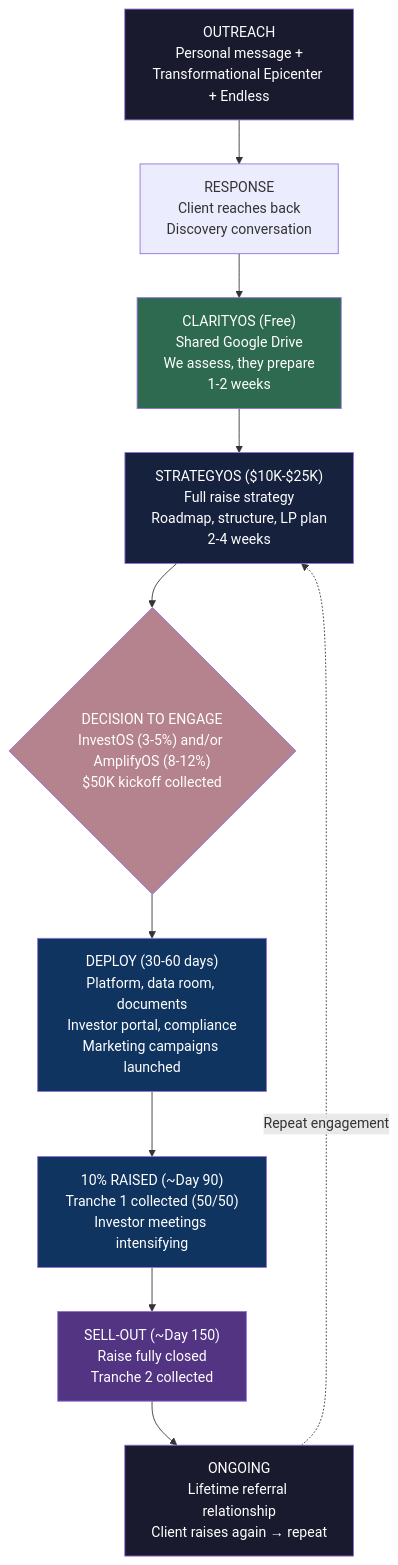
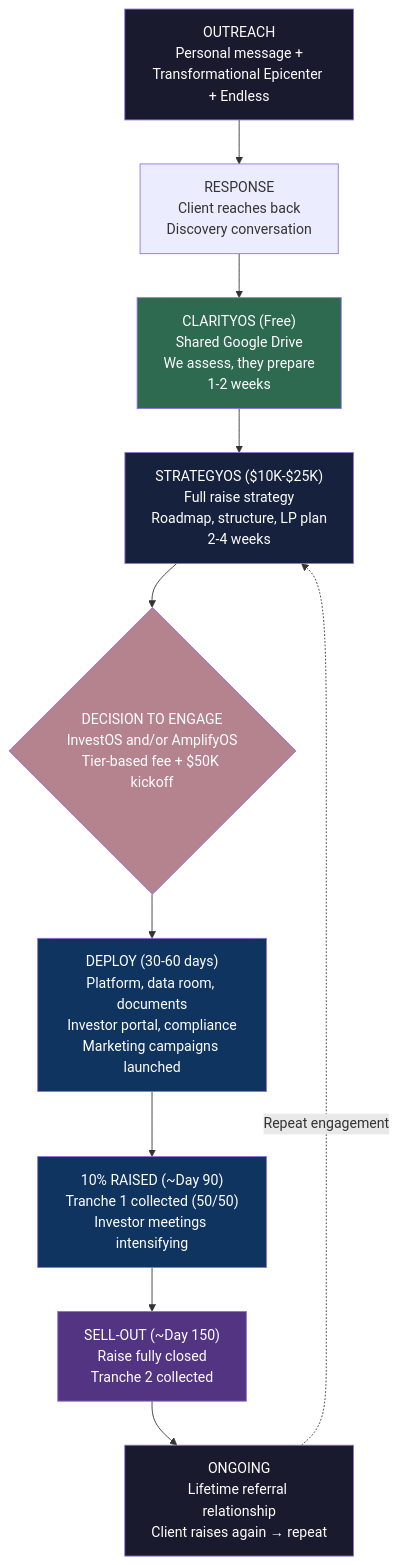
One commit to Light-Brands/qie changed the seventh of 7 diagrams in docs/investos/investos-revenue-channels-playbook-2026-03-05.md. Above: the diagram before and after it, drawn with Mermaid. The commit also changed other lines of this file and 4 other files, not shown here.

First line of the commit message:
Replace all percentage-based fees with fixed tier-based consulting fees

````diff
--- a/docs/investos/investos-revenue-channels-playbook-2026-03-05.md
+++ b/docs/investos/investos-revenue-channels-playbook-2026-03-05.md
@@ -506,24 +522,24 @@
 ```mermaid
 graph TD
     OUT["OUTREACH<br/>Personal message +<br/>Transformational Epicenter + Endless"]
     RES["RESPONSE<br/>Client reaches back<br/>Discovery conversation"]
     CLA["CLARITYOS (Free)<br/>Shared Google Drive<br/>We assess, they prepare<br/>1-2 weeks"]
     STR["STRATEGYOS ($10K-$25K)<br/>Full raise strategy<br/>Roadmap, structure, LP plan<br/>2-4 weeks"]
-    DEC{"DECISION TO ENGAGE<br/>InvestOS (3-5%) and/or AmplifyOS (8-12%)<br/>$50K kickoff collected"}
+    DEC{"DECISION TO ENGAGE<br/>InvestOS and/or AmplifyOS<br/>Tier-based fee + $50K kickoff"}
     DEP["DEPLOY (30-60 days)<br/>Platform, data room, documents<br/>Investor portal, compliance<br/>Marketing campaigns launched"]
     TEN["10% RAISED (~Day 90)<br/>Tranche 1 collected (50/50)<br/>Investor meetings intensifying"]
     SELL["SELL-OUT (~Day 150)<br/>Raise fully closed<br/>Tranche 2 collected"]
     ON["ONGOING<br/>Lifetime referral relationship<br/>Client raises again → repeat"]
 
     OUT --> RES --> CLA --> STR --> DEC --> DEP --> TEN --> SELL --> ON
     ON -.->|"Repeat engagement"| STR
 
     style OUT fill:#1a1a2e,color:#fff
     style CLA fill:#2d6a4f,color:#fff
     style STR fill:#16213e,color:#fff
     style DEC fill:#b5838d,color:#fff
     style DEP fill:#0f3460,color:#fff
     style TEN fill:#0f3460,color:#fff
     style SELL fill:#533483,color:#fff
     style ON fill:#1a1a2e,color:#fff
 ```
````
